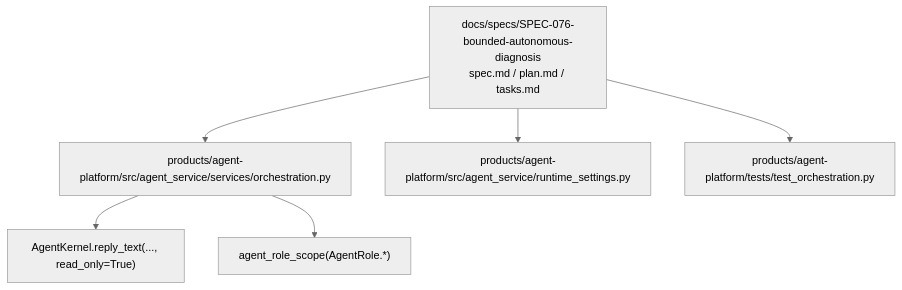
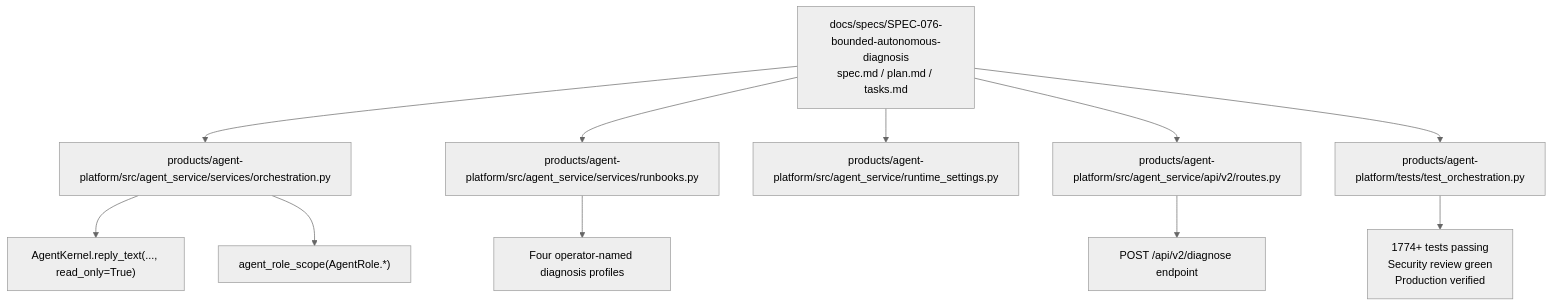
Before and after one commit to metasync/luban-aiops: the first of 7 diagrams in .qoder/repowiki/en/content/Shared Contracts/SPEC-076_ Bounded Autonomous Diagnosis.md, drawn with Mermaid (neutral theme). The commit also changed other lines of this file and 164 other files, not shown here.

````diff
--- a/.qoder/repowiki/en/content/Shared Contracts/SPEC-076_ Bounded Autonomous Diagnosis.md
+++ b/.qoder/repowiki/en/content/Shared Contracts/SPEC-076_ Bounded Autonomous Diagnosis.md
@@ -36,8 +53,13 @@
 ```mermaid
 graph TB
 Spec["docs/specs/SPEC-076-bounded-autonomous-diagnosis<br/>spec.md / plan.md / tasks.md"] --> Impl["products/agent-platform/src/agent_service/services/orchestration.py"]
+Spec --> Runbooks["products/agent-platform/src/agent_service/services/runbooks.py"]
 Spec --> Settings["products/agent-platform/src/agent_service/runtime_settings.py"]
+Spec --> Routes["products/agent-platform/src/agent_service/api/v2/routes.py"]
 Spec --> Tests["products/agent-platform/tests/test_orchestration.py"]
 Impl --> Kernel["AgentKernel.reply_text(..., read_only=True)"]
 Impl --> Role["agent_role_scope(AgentRole.*)"]
+Runbooks --> Profiles["Four operator-named diagnosis profiles"]
+Routes --> API["POST /api/v2/diagnose endpoint"]
+Tests --> Verification["1774+ tests passing<br/>Security review green<br/>Production verified"]
 ```
````
